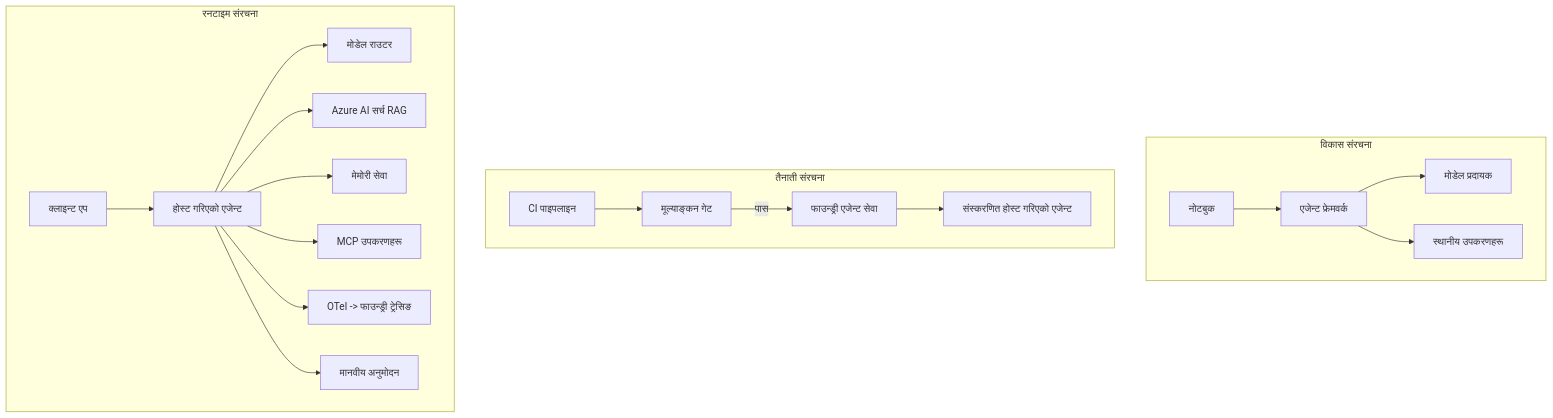
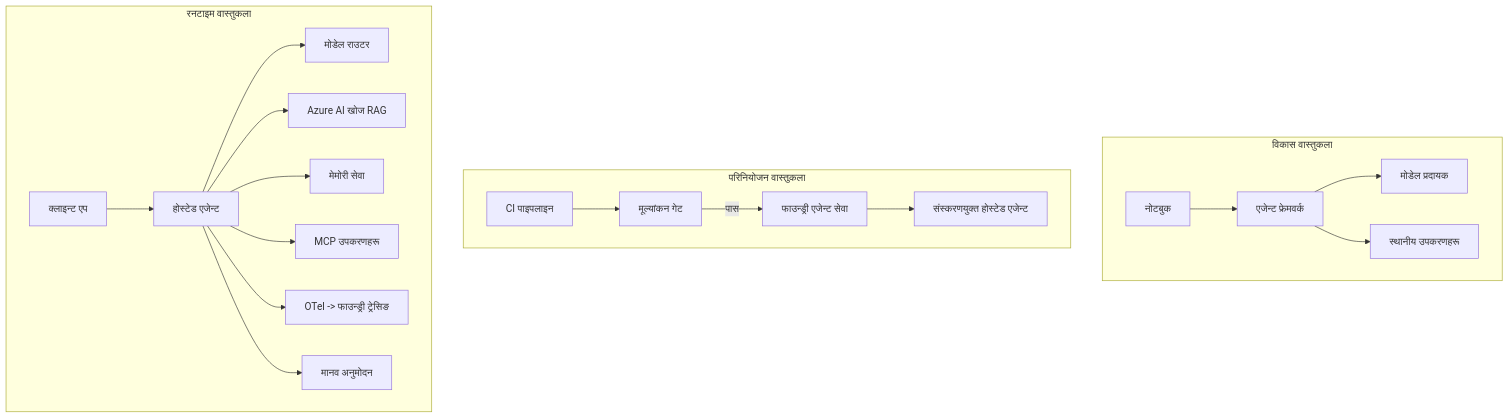
The fourth of 4 diagrams in mirrors/repos/microsoft@ai-agents-for-beginners/translations/ne/16-deploying-scalable-agents/README.md (gabrielmoreira/agent-skills-mirror), drawn with Mermaid before and after one commit. The commit also changed other lines of this file and 3581 other files, not shown here.

````diff
--- a/mirrors/repos/microsoft@ai-agents-for-beginners/translations/ne/16-deploying-scalable-agents/README.md
+++ b/mirrors/repos/microsoft@ai-agents-for-beginners/translations/ne/16-deploying-scalable-agents/README.md
@@ -185,22 +185,22 @@
 ```mermaid
 flowchart TB
-    subgraph Dev[विकास संरचना]
+    subgraph Dev[विकास वास्तुकला]
         D1[नोटबुक] --> D2[एजेन्ट फ्रेमवर्क]
         D2 --> D3[मोडेल प्रदायक]
         D2 --> D4[स्थानीय उपकरणहरू]
     end
-    subgraph Deploy[तैनाती संरचना]
-        E1[CI पाइपलाइन] --> E2[मूल्याङ्कन गेट]
+    subgraph Deploy[परिनियोजन वास्तुकला]
+        E1[CI पाइपलाइन] --> E2[मूल्यांकन गेट]
         E2 -->|पास| E3[फाउन्ड्री एजेन्ट सेवा]
-        E3 --> E4[संस्करणित होस्ट गरिएको एजेन्ट]
+        E3 --> E4[संस्करणयुक्त होस्टेड एजेन्ट]
     end
-    subgraph Run[रनटाइम संरचना]
-        F1[क्लाइन्ट एप] --> F2[होस्ट गरिएको एजेन्ट]
+    subgraph Run[रनटाइम वास्तुकला]
+        F1[क्लाइन्ट एप] --> F2[होस्टेड एजेन्ट]
         F2 --> F3[मोडेल राउटर]
-        F2 --> F4[Azure AI सर्च RAG]
+        F2 --> F4[Azure AI खोज RAG]
         F2 --> F5[मेमोरी सेवा]
         F2 --> F6[MCP उपकरणहरू]
         F2 --> F7[OTel -> फाउन्ड्री ट्रेसिङ]
-        F2 --> F8[मानवीय अनुमोदन]
+        F2 --> F8[मानव अनुमोदन]
     end
 ```
````
